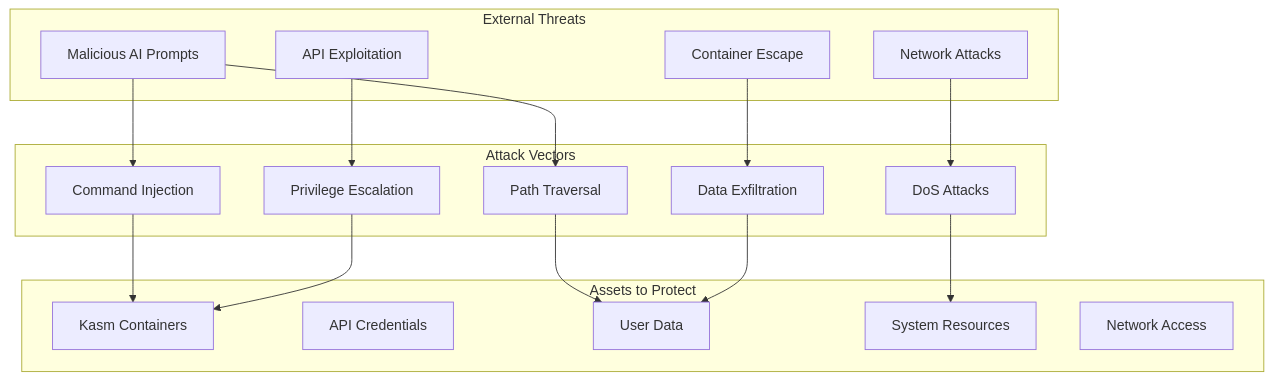
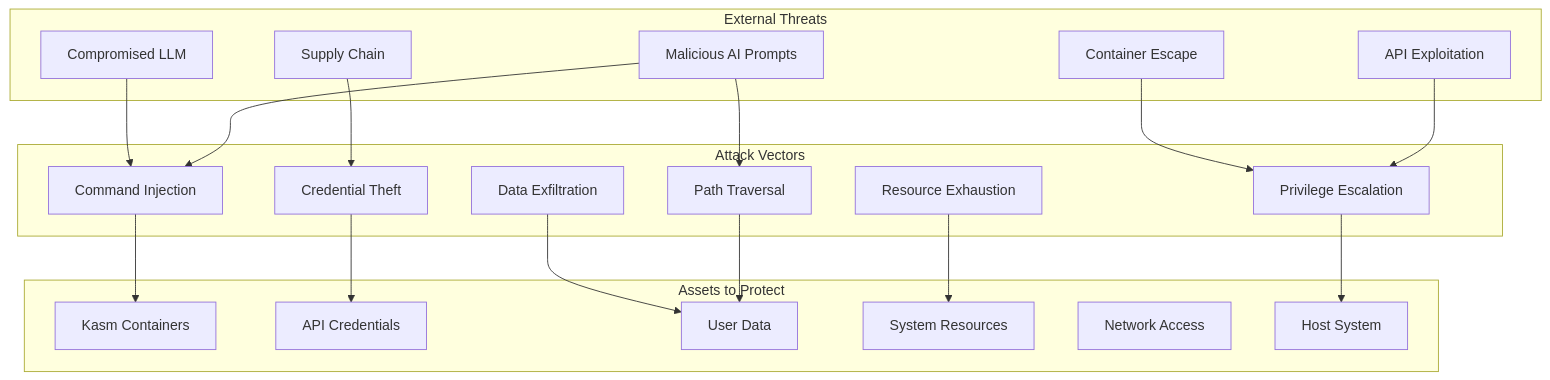
Before and after one commit to roguedev-ai/kasm-mcp-server-v2: the first of 3 diagrams in SECURITY.md, drawn with Mermaid. The commit also changed other lines of this file and 6 other files, not shown here.

````diff
--- a/SECURITY.md
+++ b/SECURITY.md
@@ -40,37 +41,42 @@
 ```mermaid
 graph TB
     subgraph "External Threats"
         A1[Malicious AI Prompts]
-        A2[Network Attacks]
+        A2[Compromised LLM]
         A3[API Exploitation]
         A4[Container Escape]
+        A5[Supply Chain]
     end
     
     subgraph "Attack Vectors"
         B1[Command Injection]
         B2[Path Traversal]
         B3[Privilege Escalation]
         B4[Data Exfiltration]
-        B5[DoS Attacks]
+        B5[Resource Exhaustion]
+        B6[Credential Theft]
     end
     
     subgraph "Assets to Protect"
         C1[Kasm Containers]
         C2[API Credentials]
         C3[User Data]
         C4[System Resources]
         C5[Network Access]
+        C6[Host System]
     end
     
     A1 --> B1
     A1 --> B2
-    A2 --> B5
+    A2 --> B1
     A3 --> B3
-    A4 --> B4
+    A4 --> B3
+    A5 --> B6
     
     B1 --> C1
     B2 --> C3
-    B3 --> C1
+    B3 --> C6
     B4 --> C3
     B5 --> C4
+    B6 --> C2
 ```
````
